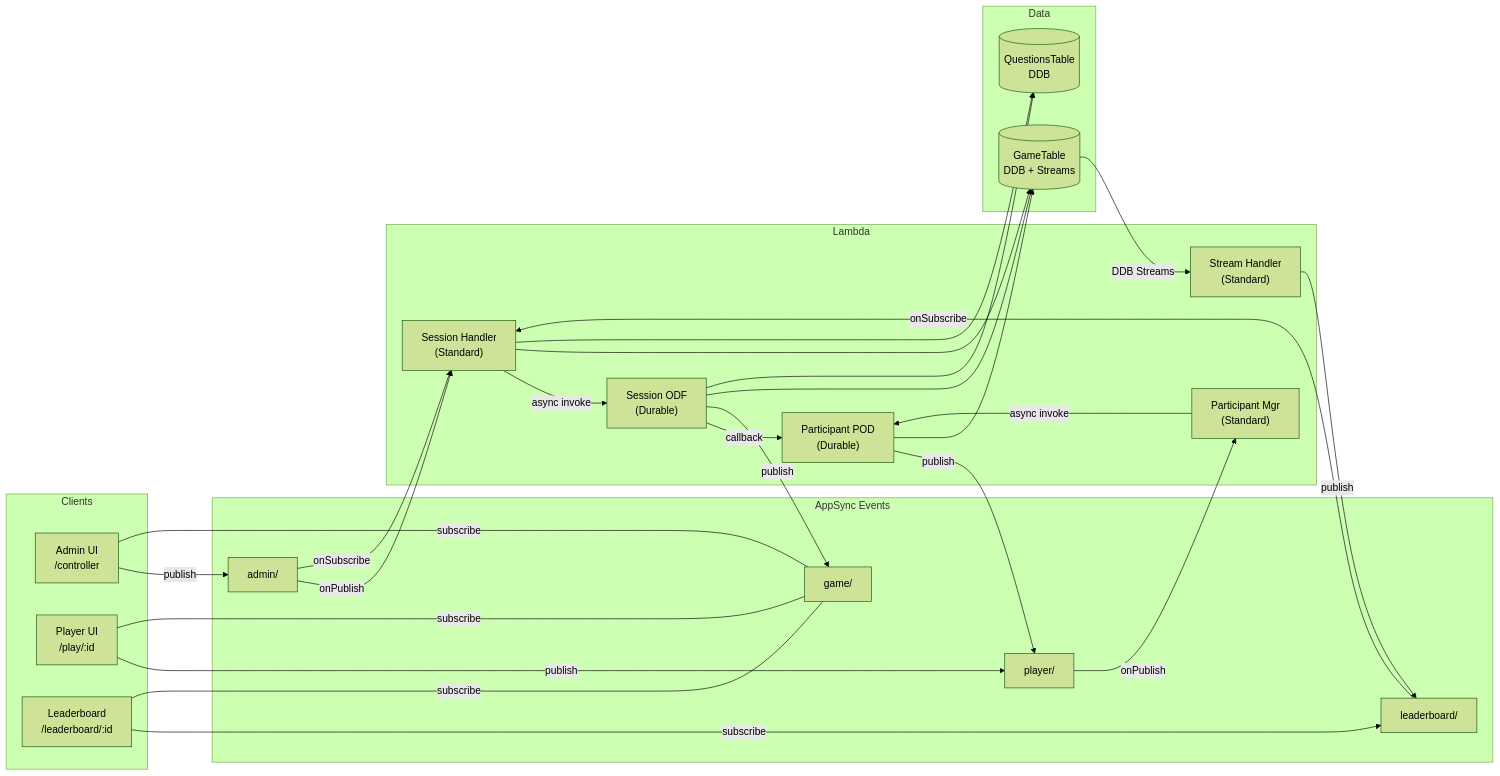
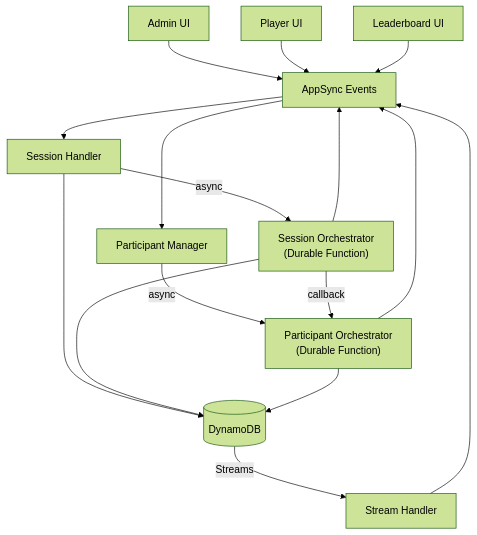
One commit to singledigit/distributed-trivia changed the diagram in README.md. Above: the diagram before and after it, drawn with Mermaid (forest theme).

Commit message:
Simplify architecture diagram

````diff
--- a/README.md
+++ b/README.md
@@ -9,54 +9,22 @@
 ```mermaid
-graph LR
-    subgraph Clients
-        Admin["Admin UI<br/>/controller"]
-        Player["Player UI<br/>/play/:id"]
-        LB["Leaderboard<br/>/leaderboard/:id"]
-    end
+graph TD
+    Admin["Admin UI"] --> AppSync["AppSync Events"]
+    Player["Player UI"] --> AppSync
+    Leaderboard["Leaderboard UI"] --> AppSync
 
-    subgraph AppSync["AppSync Events"]
-        AC["admin/"]
-        LC["leaderboard/"]
-        PC["player/"]
-        GC["game/"]
-    end
+    AppSync --> SH["Session Handler"]
+    AppSync --> PM["Participant Manager"]
 
-    subgraph Lambda
-        SH["Session Handler<br/>(Standard)"]
-        PM["Participant Mgr<br/>(Standard)"]
-        ODF["Session ODF<br/>(Durable)"]
-        POD["Participant POD<br/>(Durable)"]
-        STR["Stream Handler<br/>(Standard)"]
-    end
+    SH -->|async| ODF["Session Orchestrator<br/>(Durable Function)"]
+    PM -->|async| POD["Participant Orchestrator<br/>(Durable Function)"]
+    ODF -->|callback| POD
 
-    subgraph Data
-        GT[("GameTable<br/>DDB + Streams")]
-        QT[("QuestionsTable<br/>DDB")]
-    end
+    SH --> DDB[("DynamoDB")]
+    ODF --> DDB
+    POD --> DDB
 
-    Admin -->|publish| AC
-    AC -->|onPublish| SH
-    AC -->|onSubscribe| SH
-    Player -->|publish| PC
-    PC -->|onPublish| PM
-    LB -->|subscribe| LC
-    LC -->|onSubscribe| SH
-
-    Admin ---|subscribe| GC
-    Player ---|subscribe| GC
-    LB ---|subscribe| GC
-
-    SH -->|async invoke| ODF
-    PM -->|async invoke| POD
-    ODF -->|callback| POD
-    ODF -->|publish| GC
-    POD -->|publish| PC
-
-    ODF --> GT
-    ODF --> QT
-    POD --> GT
-    SH --> GT
-    SH --> QT
-    GT -->|DDB Streams| STR
-    STR -->|publish| LC
+    DDB -->|Streams| STR["Stream Handler"]
+    STR --> AppSync
+    ODF --> AppSync
+    POD --> AppSync
 ```
````
